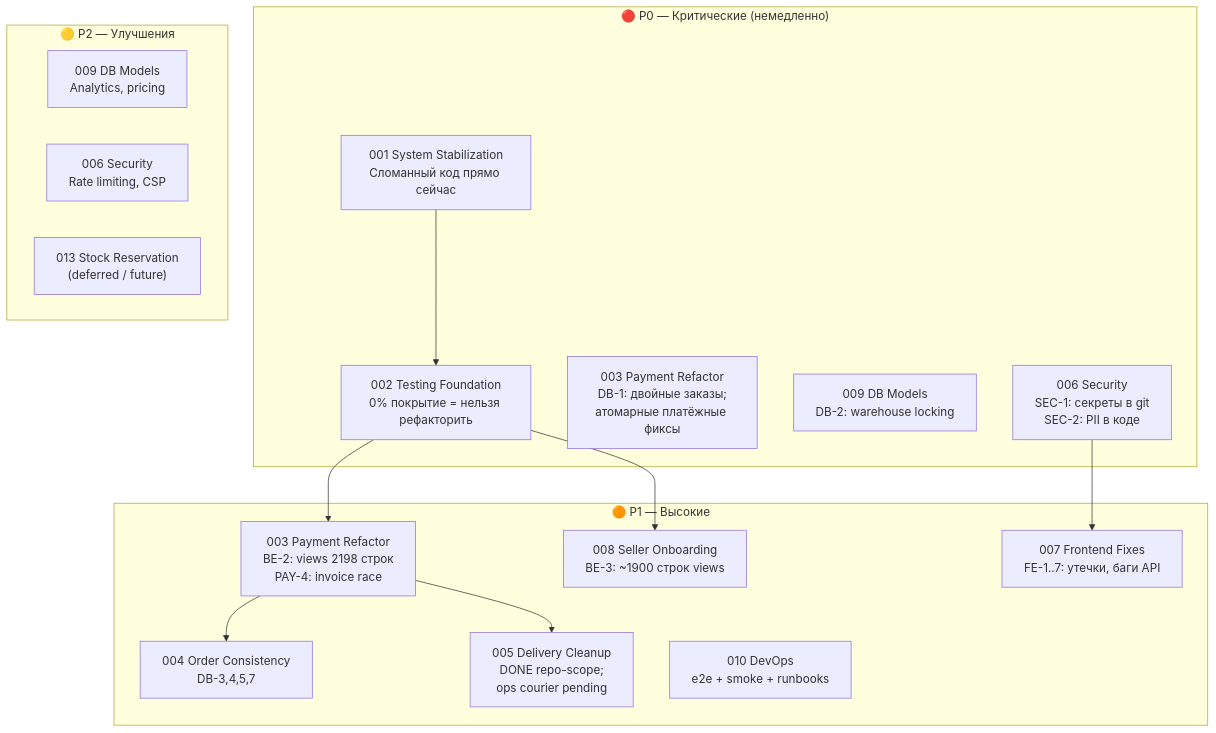
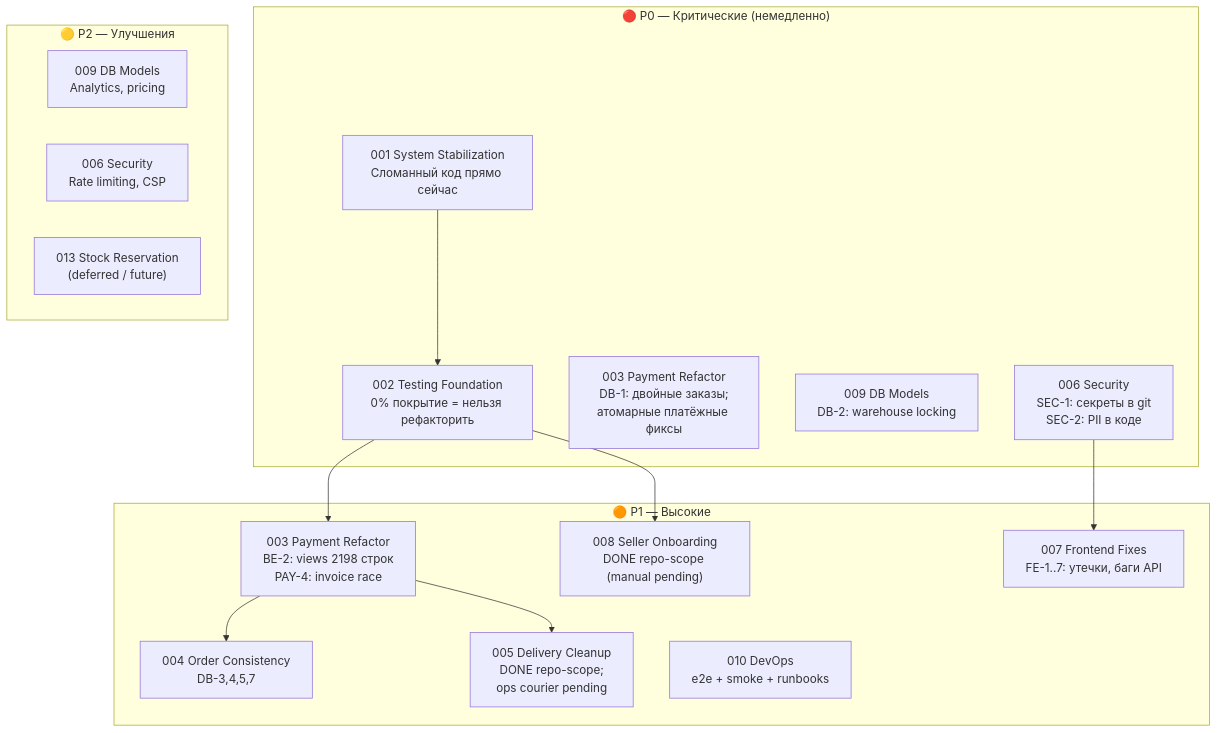
Before and after one commit to pavelchamgl/reli.one: the first of 2 diagrams in docs/tasks/README.md, drawn with Mermaid. The commit also changed other lines of this file and 3 other files, not shown here.

Commit message:
docs(sellers): close Task 008 repo scope after onboarding validation

````diff
--- a/docs/tasks/README.md
+++ b/docs/tasks/README.md
@@ -68,32 +68,32 @@
 ```mermaid
 graph TD
     subgraph P0["🔴 P0 — Критические (немедленно)"]
         T001["001 System Stabilization\nСломанный код прямо сейчас"]
         T002["002 Testing Foundation\n0% покрытие = нельзя рефакторить"]
         T003P0["003 Payment Refactor\nDB-1: двойные заказы;\nатомарные платёжные фиксы"]
         T009P0["009 DB Models\nDB-2: warehouse locking"]
         T006P0["006 Security\nSEC-1: секреты в git\nSEC-2: PII в коде"]
     end
 
     subgraph P1["🟠 P1 — Высокие"]
         T003["003 Payment Refactor\nBE-2: views 2198 строк\nPAY-4: invoice race"]
         T004["004 Order Consistency\nDB-3,4,5,7"]
         T005["005 Delivery Cleanup\nDONE repo-scope;\nops courier pending"]
         T007["007 Frontend Fixes\nFE-1..7: утечки, баги API"]
-        T008["008 Seller Onboarding\nBE-3: ~1900 строк views"]
+        T008["008 Seller Onboarding\nDONE repo-scope (manual pending)"]
         T010["010 DevOps\ne2e + smoke + runbooks"]
     end
 
     subgraph P2["🟡 P2 — Улучшения"]
         T009["009 DB Models\nAnalytics, pricing"]
         T006P2["006 Security\nRate limiting, CSP"]
         T013F["013 Stock Reservation\n(deferred / future)"]
     end
 
     T001 --> T002
     T002 --> T003
     T002 --> T008
     T003 --> T004
     T003 --> T005
     T006P0 --> T007
 ```
````
